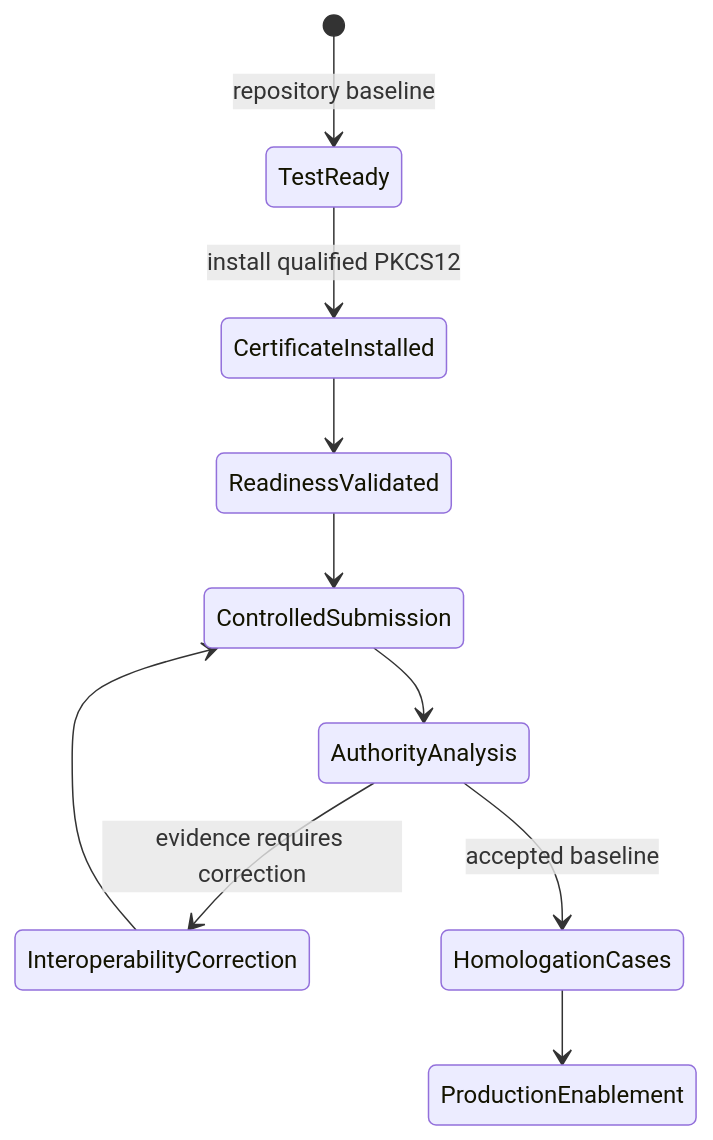
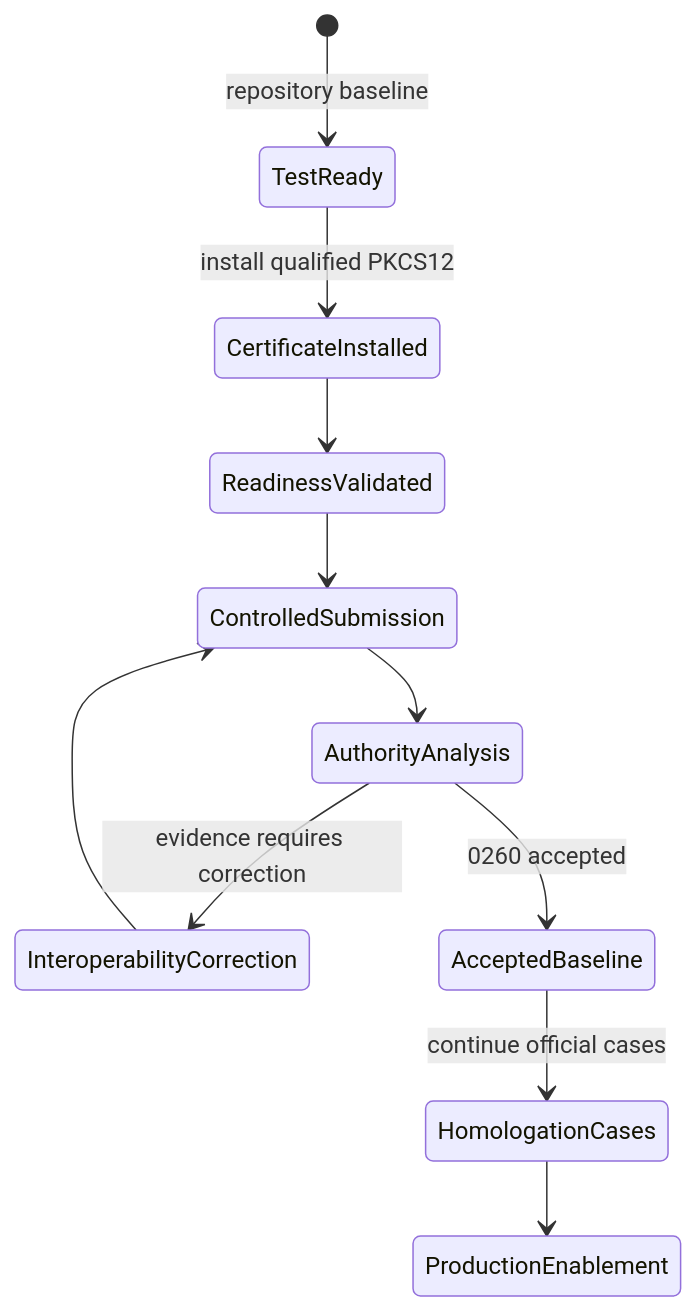
The diagram in docs/diagrams/homologation-state.mmd (betopindu/odoo-restaurant-suite), drawn with Mermaid before and after one commit. The commit also changed 10 other files, not shown here.

Commit message:
Document first accepted SIFEN TEST homologation

```diff
--- a/docs/diagrams/homologation-state.mmd
+++ b/docs/diagrams/homologation-state.mmd
@@ -1,10 +1,11 @@
 stateDiagram-v2
     [*] --> TestReady: repository baseline
     TestReady --> CertificateInstalled: install qualified PKCS12
     CertificateInstalled --> ReadinessValidated
     ReadinessValidated --> ControlledSubmission
     ControlledSubmission --> AuthorityAnalysis
     AuthorityAnalysis --> InteroperabilityCorrection: evidence requires correction
     InteroperabilityCorrection --> ControlledSubmission
-    AuthorityAnalysis --> HomologationCases: accepted baseline
+    AuthorityAnalysis --> AcceptedBaseline: 0260 accepted
+    AcceptedBaseline --> HomologationCases: continue official cases
     HomologationCases --> ProductionEnablement
```
